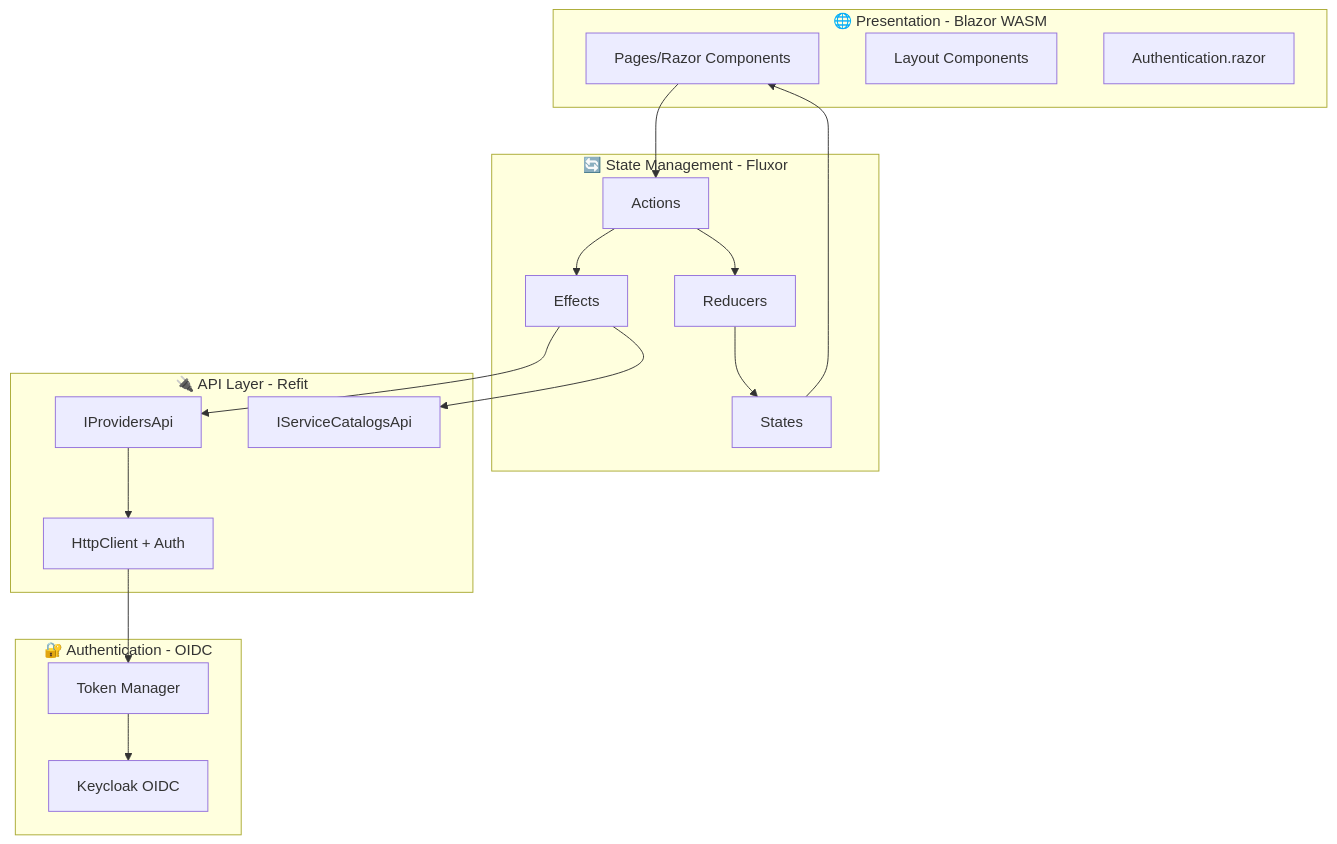
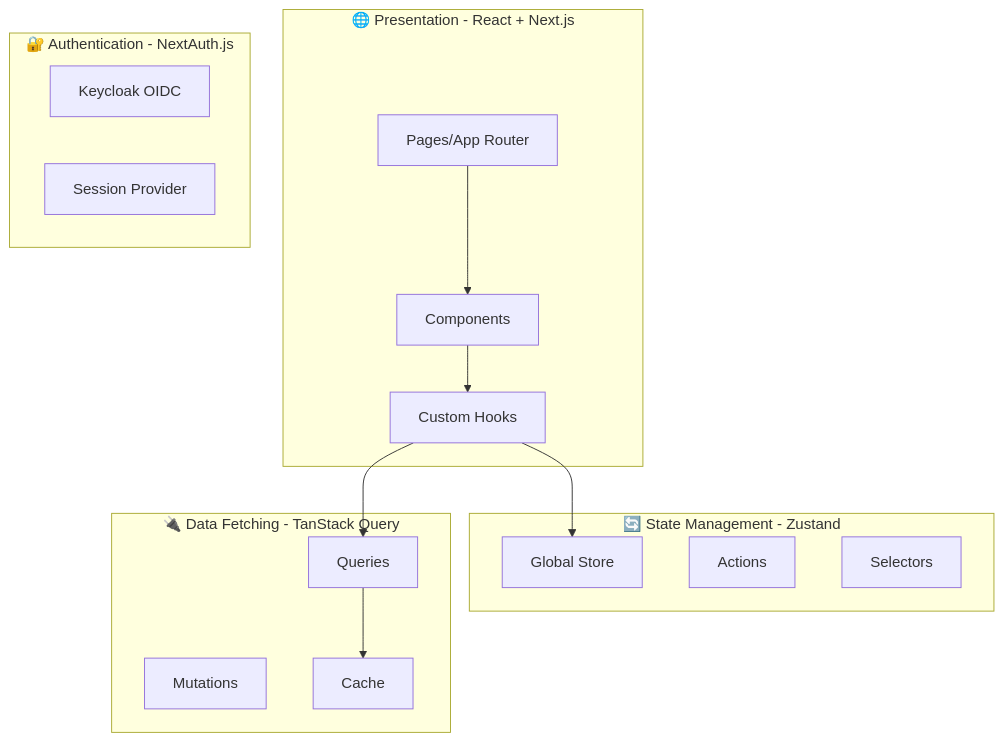
The second of 2 diagrams in docs/architecture.md (frigini/MeAjudaAi), drawn with Mermaid before and after one commit. The commit also changed other lines of this file and 370 other files, not shown here.

````diff
--- a/docs/architecture.md
+++ b/docs/architecture.md
@@ -2785,37 +2785,31 @@
 ```mermaid
 graph TB
-    subgraph "🌐 Presentation - Blazor WASM"
-        PAGES[Pages/Razor Components]
-        LAYOUT[Layout Components]
-        AUTH[Authentication.razor]
+    subgraph "🌐 Presentation - React + Next.js"
+        PAGES[Pages/App Router]
+        COMPONENTS[Components]
+        HOOKS[Custom Hooks]
     end
     
-    subgraph "🔄 State Management - Fluxor"
-        STATE[States]
+    subgraph "🔄 State Management - Zustand"
+        STORE[Global Store]
         ACTIONS[Actions]
-        REDUCERS[Reducers]
-        EFFECTS[Effects]
+        SELECTORS[Selectors]
     end
     
-    subgraph "🔌 API Layer - Refit"
-        PROVIDERS_API[IProvidersApi]
-        SERVICES_API[IServiceCatalogsApi]
-        HTTP[HttpClient + Auth]
+    subgraph "🔌 Data Fetching - TanStack Query"
+        QUERIES[Queries]
+        MUTATIONS[Mutations]
+        CACHE[Cache]
     end
     
-    subgraph "🔐 Authentication - OIDC"
+    subgraph "🔐 Authentication - NextAuth.js"
         KEYCLOAK[Keycloak OIDC]
-        TOKEN[Token Manager]
+        SESSION[Session Provider]
     end
     
-    PAGES --> ACTIONS
-    ACTIONS --> REDUCERS
-    REDUCERS --> STATE
-    STATE --> PAGES
-    ACTIONS --> EFFECTS
-    EFFECTS --> PROVIDERS_API
-    EFFECTS --> SERVICES_API
-    PROVIDERS_API --> HTTP
-    HTTP --> TOKEN
-    TOKEN --> KEYCLOAK
+    PAGES --> COMPONENTS
+    COMPONENTS --> HOOKS
+    HOOKS --> STORE
+    HOOKS --> QUERIES
+    QUERIES --> CACHE
 ```
````
